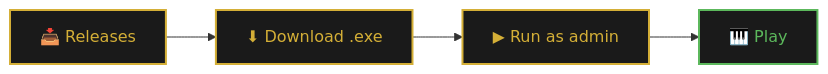
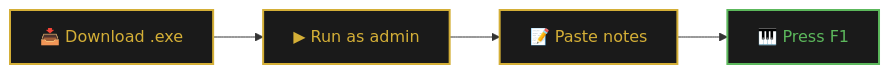
One commit to SMisha2/AstraKeys changed the first of 2 diagrams in README.md. Above: the diagram before and after it, drawn with Mermaid. The commit also changed other lines of this file, not shown here.

````diff
--- a/README.md
+++ b/README.md
@@ -197,9 +158,9 @@
 ```mermaid
 graph LR
-    A[📥 Releases]:::step --> B[⬇ Download .exe]:::step
-    B --> C[▶ Run as admin]:::step
-    C --> D[🎹 Play]:::final
+    A[📥 Download .exe]:::step --> B[▶ Run as admin]:::step
+    B --> C[📝 Paste notes]:::step
+    C --> D[🎹 Press F1]:::final
 
     classDef step fill:#1a1a1a,stroke:#d4af37,color:#d4af37,stroke-width:2px
     classDef final fill:#1a1a1a,stroke:#5cb85c,color:#5cb85c,stroke-width:2px
 ```
````
